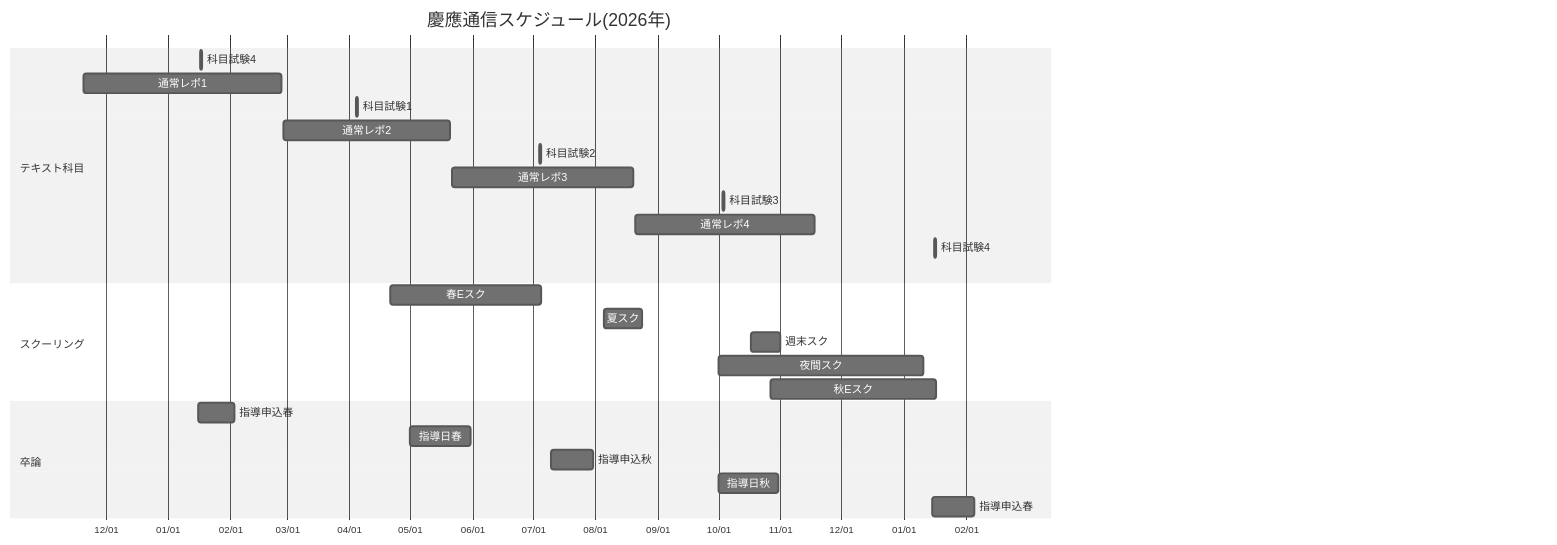
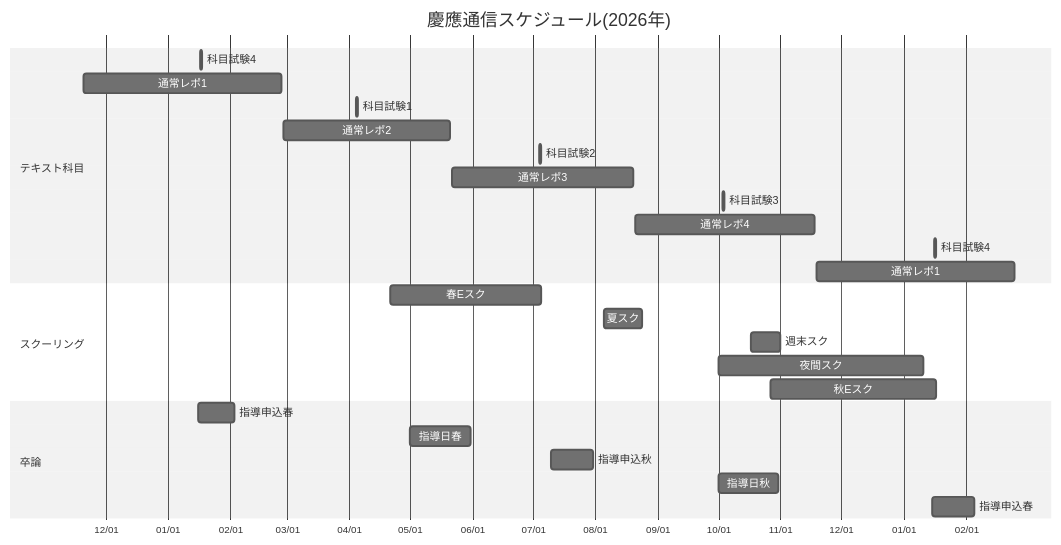
One commit to tmo1031/kcc-tips changed the diagram in schedule/Schedule-2026.mmd. Above: the diagram before and after it, drawn with Mermaid (neutral theme). The commit also changed 1 other file, not shown here.

```diff
--- a/schedule/Schedule-2026.mmd
+++ b/schedule/Schedule-2026.mmd
@@ -1,40 +1,40 @@
 gantt
   title 慶應通信スケジュール(2026年)
   dateFormat YY-MM-DD
   axisFormat  %m/%d
 
   section テキスト科目
   科目試験4: 26-01-17, 26-01-18
   通常レポ1: 25-11-20, 26-02-26
   科目試験1: 26-04-04, 26-04-05
   通常レポ2: 26-02-27, 26-05-21
   科目試験2: 26-07-04, 26-07-05
   通常レポ3: 26-05-22, 26-08-20
   科目試験3: 26-10-03, 26-10-04
   通常レポ4: 26-08-21, 26-11-18
   科目試験4: 27-01-16, 27-01-17
-  通常レポ1: 27-11-19, 27-02-25
+  通常レポ1: 26-11-19, 27-02-25
 
   section スクーリング
   春Eスク: 26-04-21, 26-07-05
   夏スク: 26-08-05, 26-08-24
   週末スク: 26-10-17, 26-11-01
   夜間スク: 26-10-01, 27-01-11
   秋Eスク: 26-10-27, 27-01-17
 
   section 卒論
   指導申込春: 26-01-16, 26-02-03
   指導日春: 26-05-01, 26-05-31
   指導申込秋: 26-07-10, 26-07-31
   指導日秋: 26-10-01, 26-10-31
   指導申込春: 27-01-15, 27-02-05
 %%秋Eスク日程、卒論指導申込は昨年実績から推測
 %%参考:暫定版が取れてFixする予定の日付
 %%1月と4月に更新がありそうです
 %%*レポ提出〆切(〜26年11月):26/1
 %%*科目試験日程(〜27年1月):26/1
 %%*スクーリング日程:25/12
 %%*Eスク(春)授業期間:26/1
 %%*Eスク(秋)授業期間:26/4
 %%*卒論指導(秋春)申込期間:26/4
 %%*シラバス公開:26/3
```
